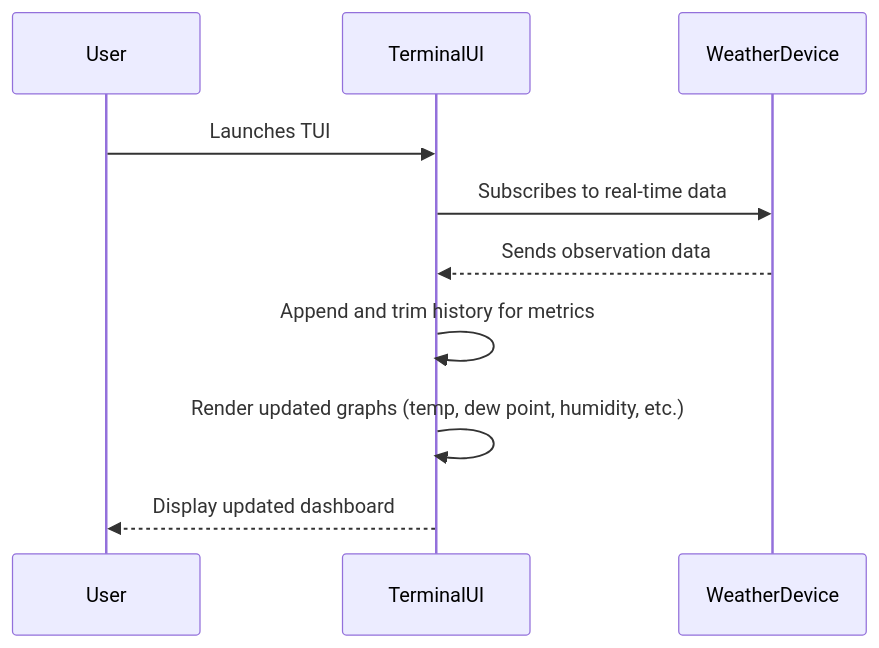
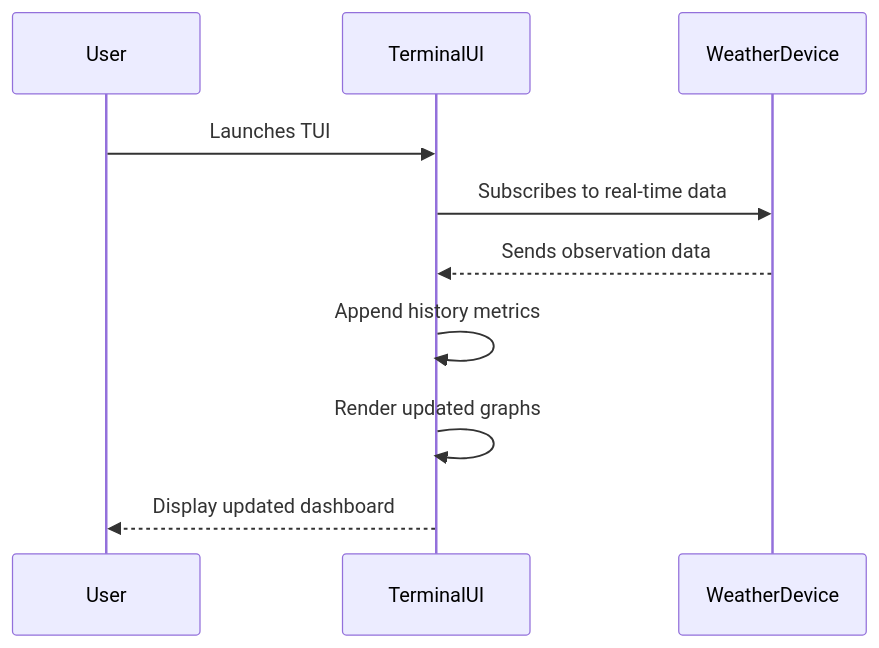
Before and after one commit to kdwils/weatherstation: the diagram in README.md, drawn with Mermaid. The commit also changed other lines of this file, not shown here.

Commit message:
update readme diagram

````diff
--- a/README.md
+++ b/README.md
@@ -11,13 +9,13 @@
 ```mermaid
 sequenceDiagram
     participant User
     participant TerminalUI
     participant WeatherDevice
 
     User->>TerminalUI: Launches TUI
     TerminalUI->>WeatherDevice: Subscribes to real-time data
     WeatherDevice-->>TerminalUI: Sends observation data
-    TerminalUI->>TerminalUI: Append and trim history for metrics
-    TerminalUI->>TerminalUI: Render updated graphs (temp, dew point, humidity, etc.)
+    TerminalUI->>TerminalUI: Append history metrics
+    TerminalUI->>TerminalUI: Render updated graphs
     TerminalUI-->>User: Display updated dashboard
 ```
````
